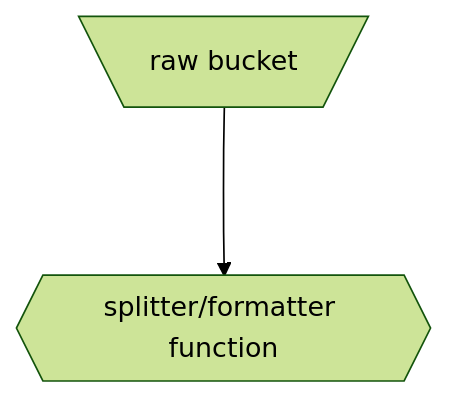
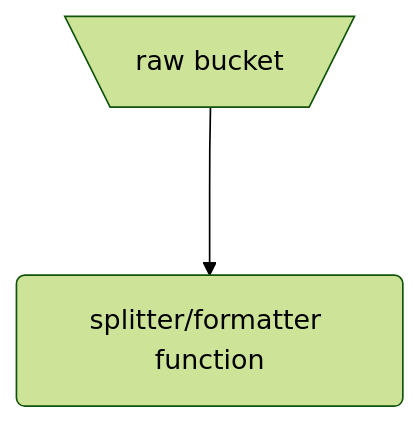
The diagram in README.md (pkeane/diagrams), drawn with Mermaid (forest theme) before and after one commit.

````diff
--- a/README.md
+++ b/README.md
@@ -8,5 +8,5 @@
 ```mermaid
   flowchart TD;
-      A[\raw bucket/]--->B{{splitter/formatter function}};
+      A[\raw bucket/]--->B(splitter/formatter function);
 
 ```
````
